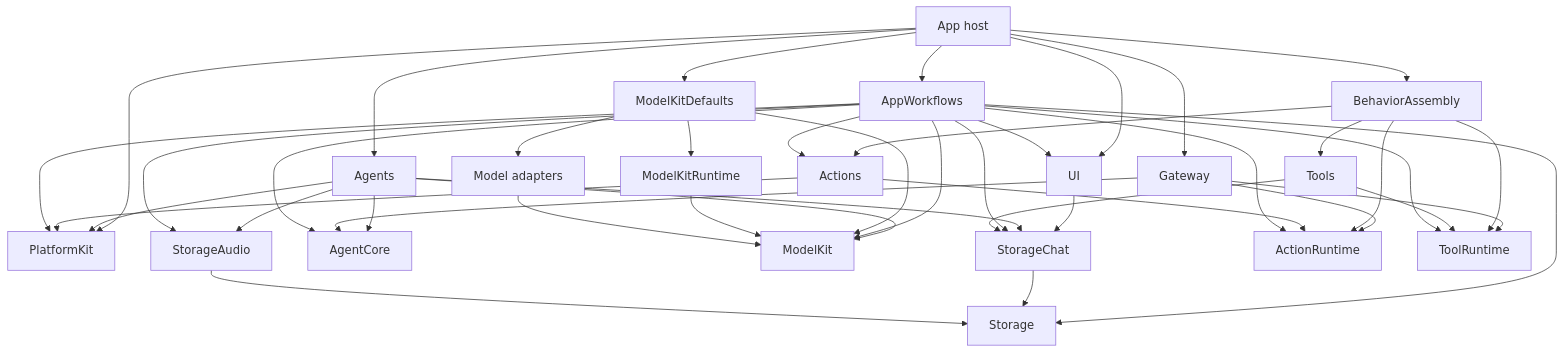
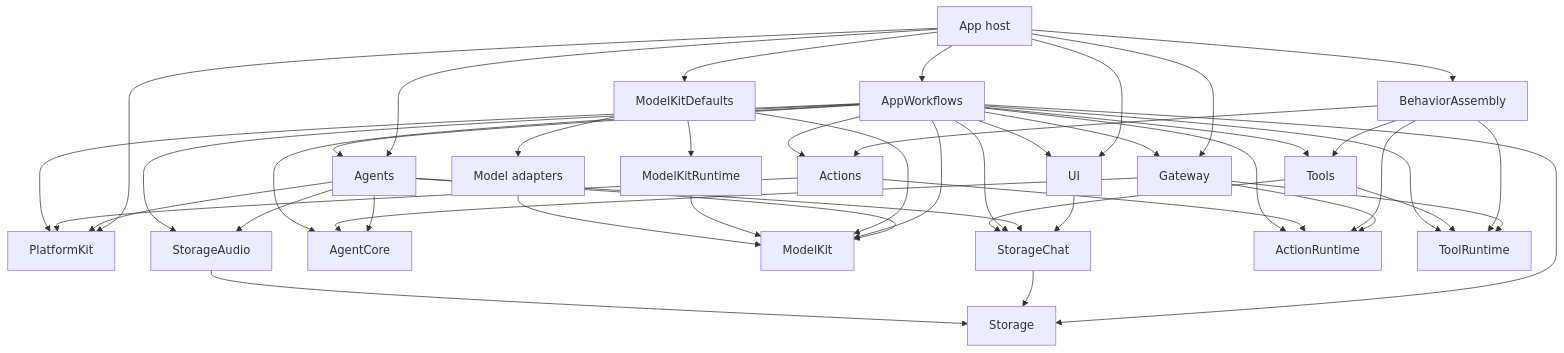
The third of 15 diagrams in MobileHarness/README.md (devilyouwei/MobileHarness), drawn with Mermaid before and after one commit. The commit also changed other lines of this file and 40 other files, not shown here.

````diff
--- a/MobileHarness/README.md
+++ b/MobileHarness/README.md
@@ -98,50 +98,53 @@
 ```mermaid
 flowchart TB
     App[App host] --> Agents
     App --> Gateway
     App --> Assembly[BehaviorAssembly]
     App --> Workflows[AppWorkflows]
     App --> Defaults[ModelKitDefaults]
     App --> UI
     App --> PlatformKit
 
     UI --> StorageChat
 
     Agents --> AgentCore
     Agents --> PlatformKit
     Agents --> ModelKit
     Agents --> StorageChat
     Agents --> StorageAudio
 
     Gateway --> AgentCore
     Gateway --> ActionRuntime
     Gateway --> ToolRuntime
 
     Assembly --> Actions
     Assembly --> Tools
     Assembly --> ActionRuntime
     Assembly --> ToolRuntime
     Actions --> ActionRuntime
     Actions --> PlatformKit
     Tools --> ToolRuntime
 
     Workflows --> UI
     Workflows --> Storage
     Workflows --> StorageChat
     Workflows --> StorageAudio
     Workflows --> ModelKit
     Workflows --> PlatformKit
     Workflows --> Actions
+    Workflows --> Agents
+    Workflows --> Gateway
+    Workflows --> Tools
     Workflows --> AgentCore
     Workflows --> ActionRuntime
     Workflows --> ToolRuntime
 
     Tools --> StorageChat
     StorageChat --> Storage
     StorageAudio --> Storage
     Defaults --> ModelKit
     Defaults --> ModelKitRuntime
     Defaults --> Adapters[Model adapters]
     ModelKitRuntime --> ModelKit
     Adapters --> ModelKit
 ```
````
